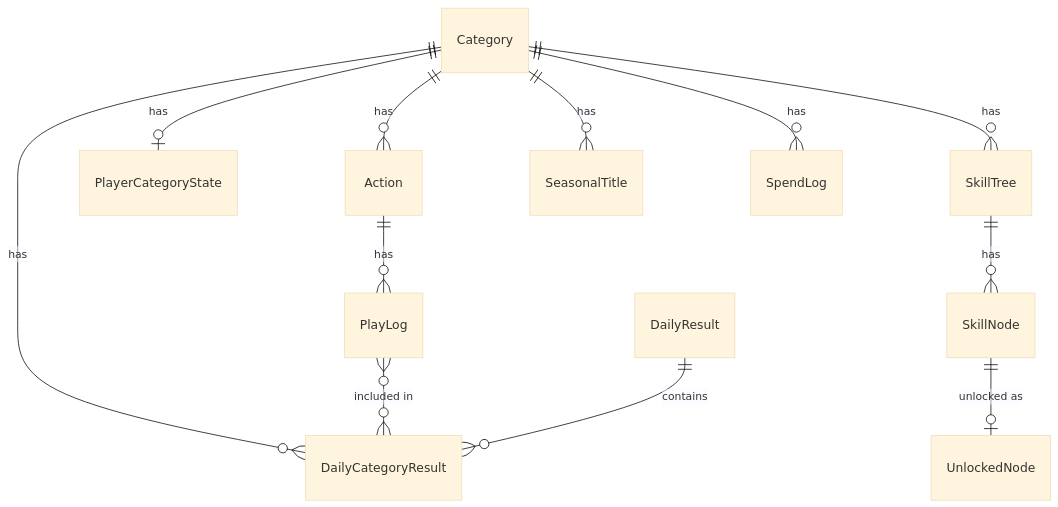
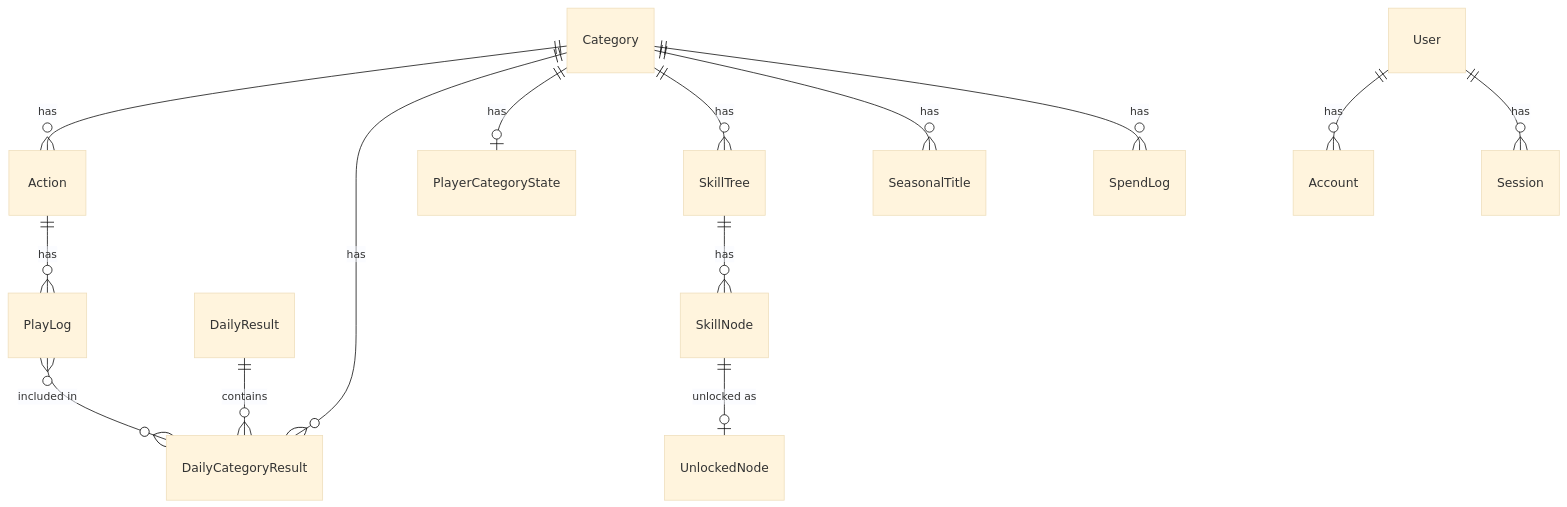
Before and after one commit to mkoichi0510/life-game-rpg: the diagram in docs/data-model.md, drawn with Mermaid (base theme). The commit also changed other lines of this file and 6 other files, not shown here.

````diff
--- a/docs/data-model.md
+++ b/docs/data-model.md
@@ -10,19 +10,22 @@
 ```mermaid
 erDiagram
     Category ||--o{ Action : "has"
     Category ||--o{ DailyCategoryResult : "has"
     Category ||--o| PlayerCategoryState : "has"
     Category ||--o{ SkillTree : "has"
     Category ||--o{ SeasonalTitle : "has"
     Category ||--o{ SpendLog : "has"
 
     Action ||--o{ PlayLog : "has"
 
     PlayLog }o--o{ DailyCategoryResult : "included in"
 
     DailyResult ||--o{ DailyCategoryResult : "contains"
 
     SkillTree ||--o{ SkillNode : "has"
 
     SkillNode ||--o| UnlockedNode : "unlocked as"
+
+    User ||--o{ Account : "has"
+    User ||--o{ Session : "has"
 ```
````
